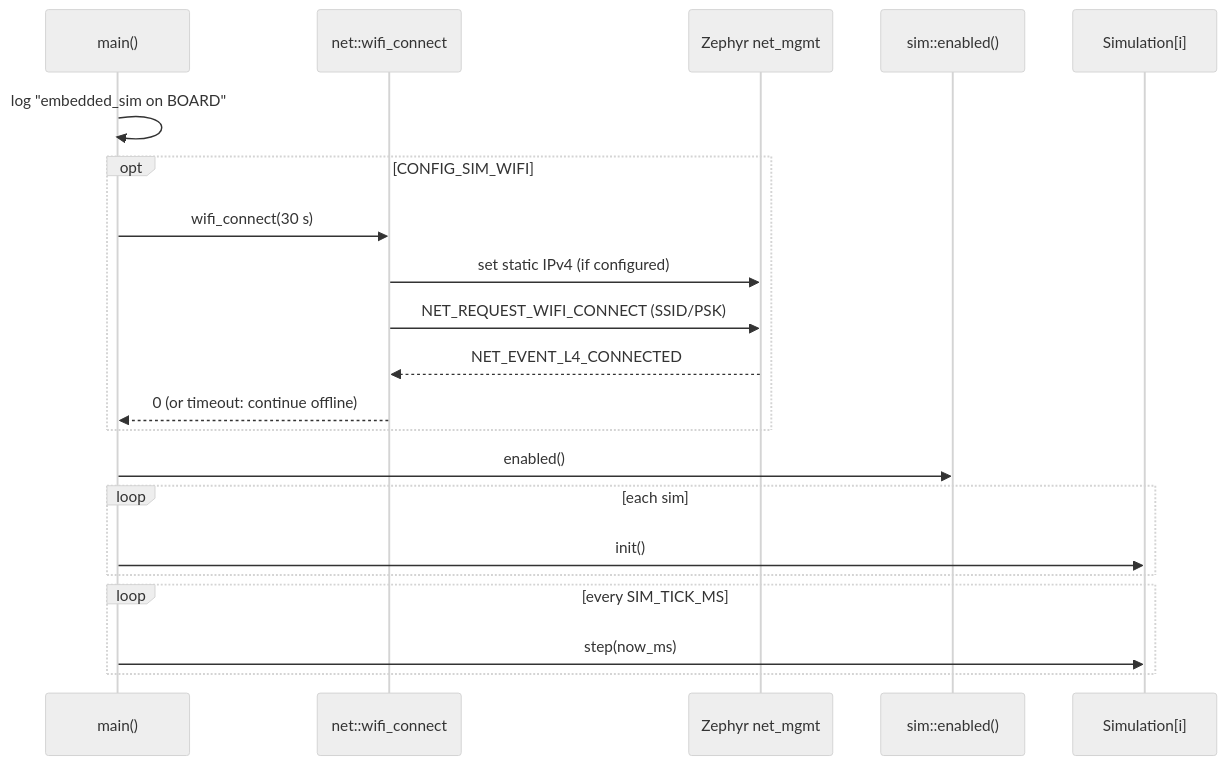
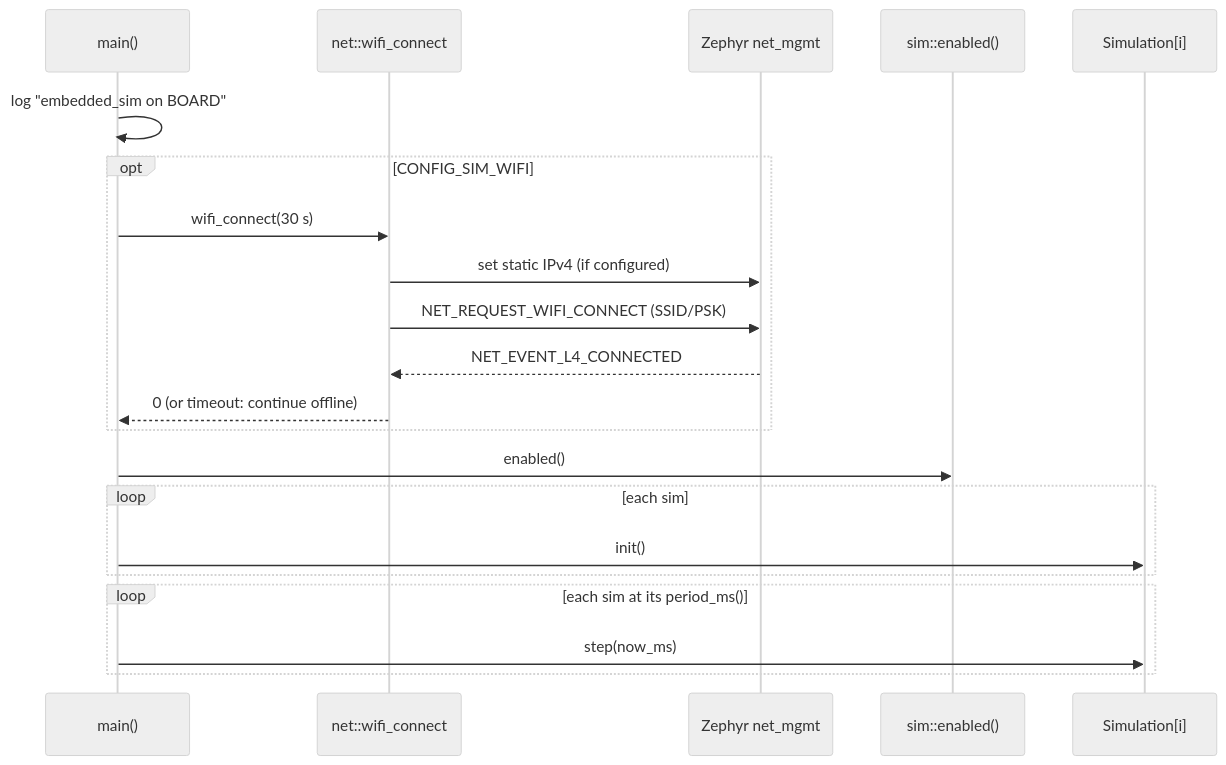
The third of 5 diagrams in README.md (mtilocca/embedded_sim), drawn with Mermaid (neutral theme) before and after one commit. The commit also changed other lines of this file and 48 other files, not shown here.

````diff
--- a/README.md
+++ b/README.md
@@ -80,23 +119,23 @@
 ```mermaid
 sequenceDiagram
     participant M as main()
     participant W as net::wifi_connect
     participant Z as Zephyr net_mgmt
     participant R as sim::enabled()
     participant S as Simulation[i]
     M->>M: log "embedded_sim on BOARD"
     opt CONFIG_SIM_WIFI
         M->>W: wifi_connect(30 s)
         W->>Z: set static IPv4 (if configured)
         W->>Z: NET_REQUEST_WIFI_CONNECT (SSID/PSK)
         Z-->>W: NET_EVENT_L4_CONNECTED
         W-->>M: 0 (or timeout: continue offline)
     end
     M->>R: enabled()
     loop each sim
         M->>S: init()
     end
-    loop every SIM_TICK_MS
+    loop each sim at its period_ms()
         M->>S: step(now_ms)
     end
 ```
````
